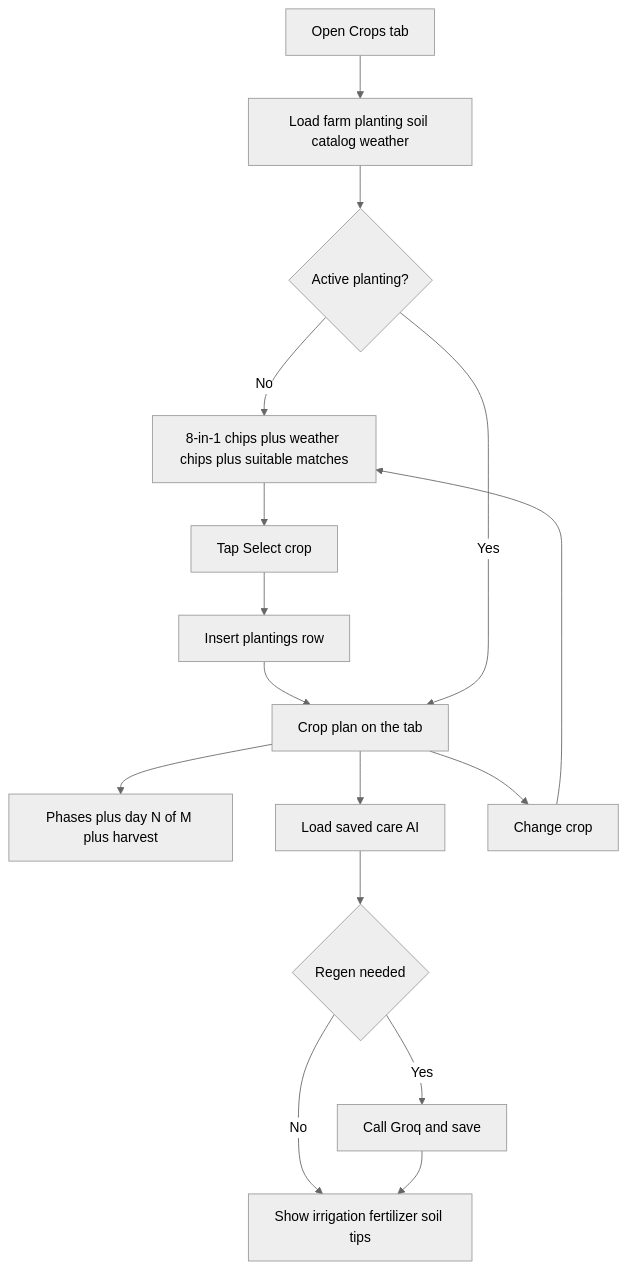
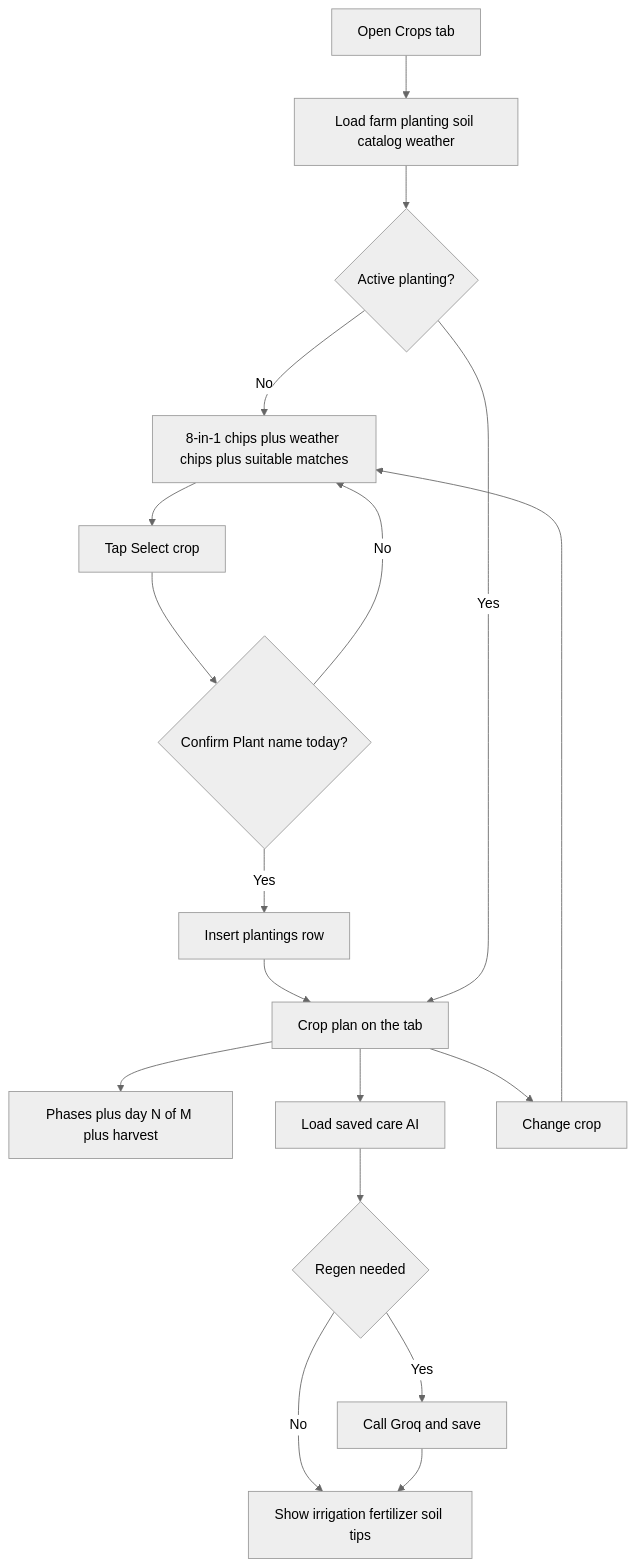
One commit to markjoelalcaraz/SoilGood changed the diagram in docs/pages/crops.md. Above: the diagram before and after it, drawn with Mermaid (neutral theme). The commit also changed other lines of this file and 43 other files, not shown here.

````diff
--- a/docs/pages/crops.md
+++ b/docs/pages/crops.md
@@ -71,18 +71,20 @@
 ```mermaid
 flowchart TD
   A[Open Crops tab] --> B[Load farm planting soil catalog weather]
   B --> C{Active planting?}
   C -->|No| D[8-in-1 chips plus weather chips plus suitable matches]
   D --> E[Tap Select crop]
-  E --> F[Insert plantings row]
+  E --> E2{Confirm Plant name today?}
+  E2 -->|No| D
+  E2 -->|Yes| F[Insert plantings row]
   F --> G[Crop plan on the tab]
   C -->|Yes| G
   G --> H[Phases plus day N of M plus harvest]
   G --> I[Load saved care AI]
   I --> J{Regen needed}
   J -->|No| K[Show irrigation fertilizer soil tips]
   J -->|Yes| L[Call Groq and save]
   L --> K
   G --> M[Change crop]
   M --> D
 ```
````
